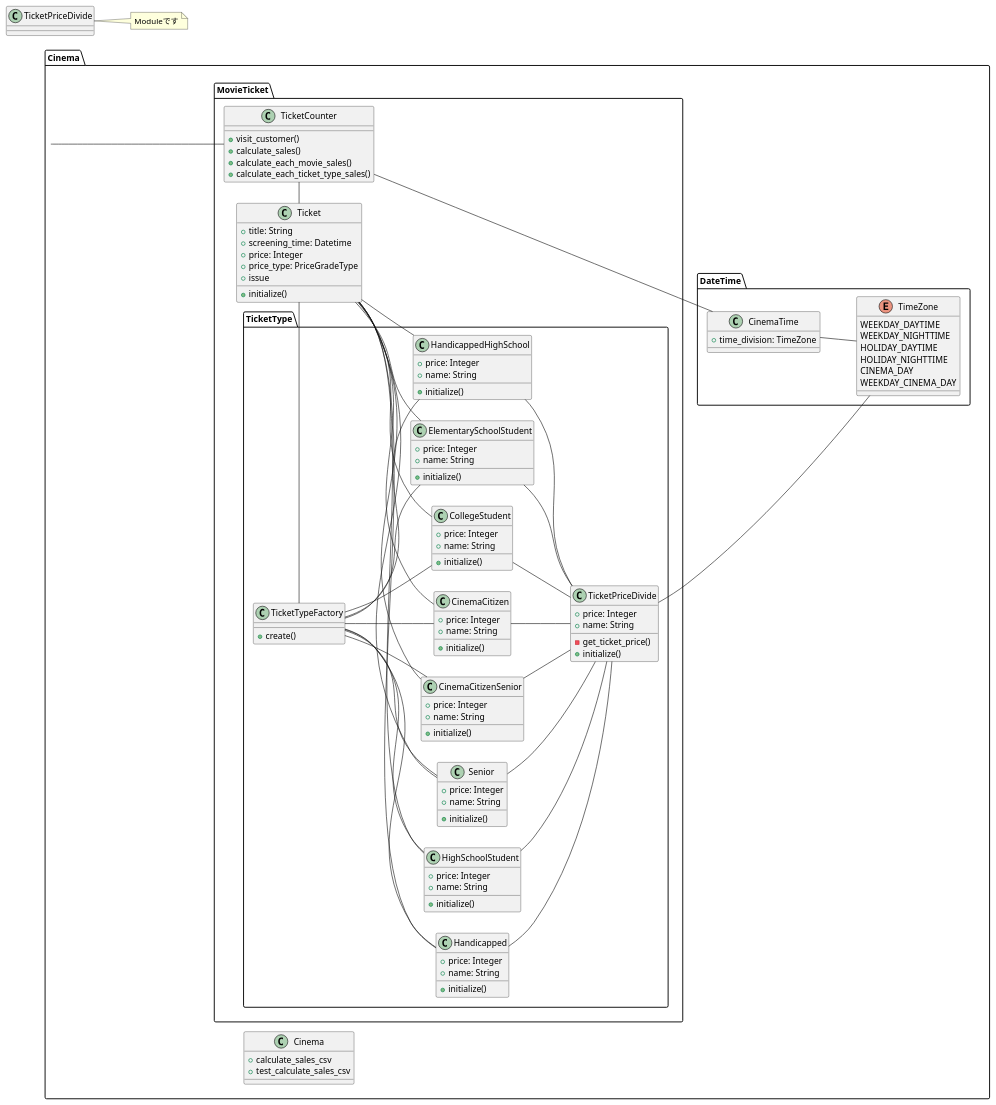
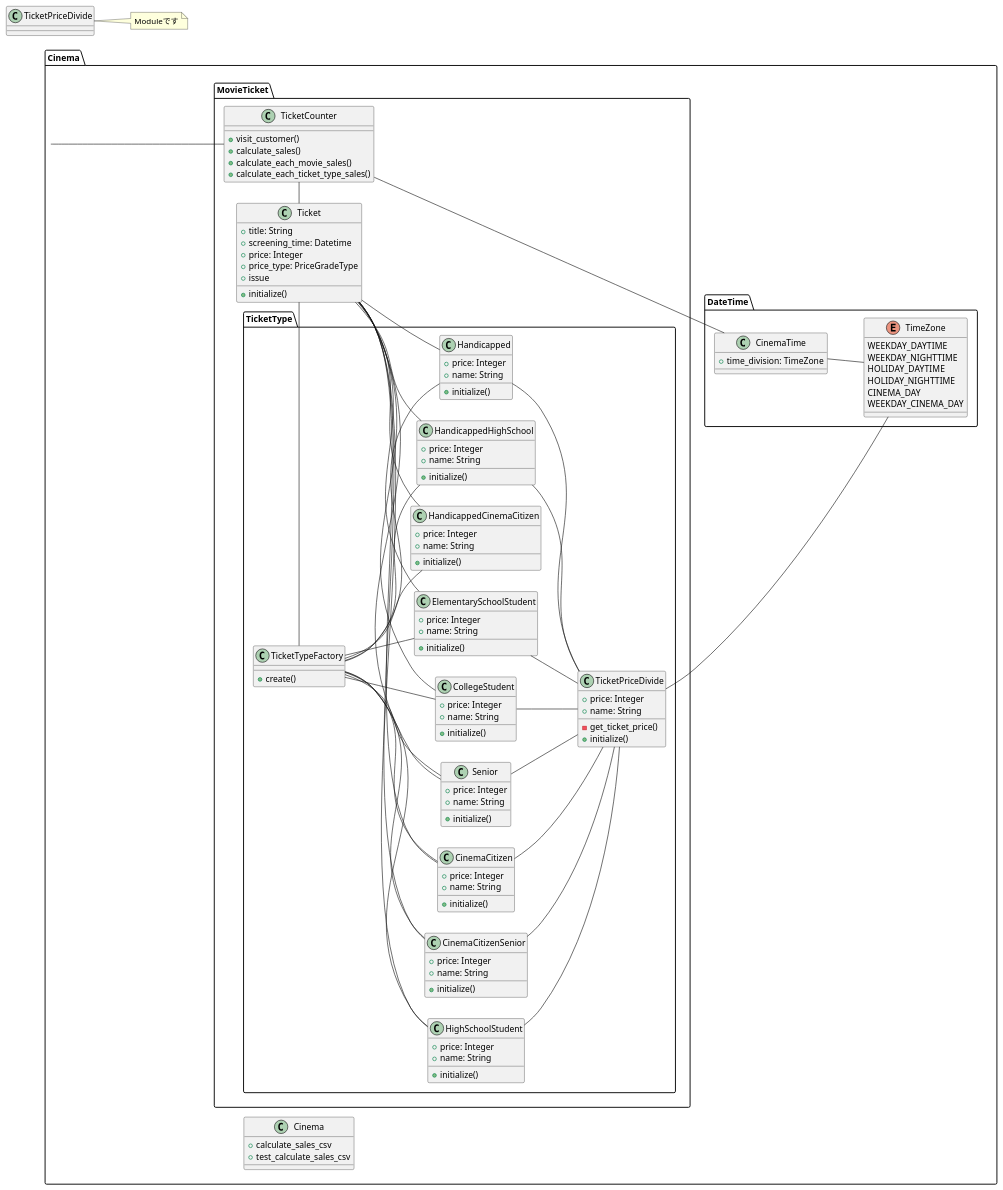
One commit to missyu3/ticket-price-modeling changed the diagram in doc/class.puml. Above: the diagram before and after it, drawn with PlantUML. The commit also changed 1 other file, not shown here.

```diff
--- a/doc/class.puml
+++ b/doc/class.puml
@@ -1,136 +1,144 @@
 @startuml
 left to right direction
 
 package Cinema{
   
   class Cinema{
     + calculate_sales_csv
     + test_calculate_sales_csv
   }
 
   package MovieTicket{
     class TicketCounter {
       + visit_customer()
       + calculate_sales()
       + calculate_each_movie_sales()
       + calculate_each_ticket_type_sales()
     }
 
     class Ticket {
       + title: String
       + screening_time: Datetime
       + price: Integer
       + price_type: PriceGradeType
       + initialize()
       + issue
     }
 
     package TicketType {
       class TicketTypeFactory{
         + create()
       }
       
       class TicketPriceDivide {
         - get_ticket_price()
       }
 
       class CinemaCitizenSenior {
         + price: Integer
         + name: String
         + initialize()
       }
       class CinemaCitizen {
         + price: Integer
         + name: String
         + initialize()
       }
       class CollegeStudent {
         + price: Integer
         + name: String
         + initialize()
       }
       class ElementarySchoolStudent {
         + price: Integer
         + name: String
         + initialize()
       }
       class HandicappedHighSchool {
         + price: Integer
         + name: String
         + initialize()
       }
       class Handicapped {
         + price: Integer
         + name: String
         + initialize()
       }
       class HighSchoolStudent {
         + price: Integer
         + name: String
         + initialize()
       }
       class TicketPriceDivide {
         + price: Integer
         + name: String
         + initialize()
       }
       class Senior {
         + price: Integer
         + name: String
         + initialize()
       }
+      class HandicappedCinemaCitizen {
+        + price: Integer
+        + name: String
+        + initialize()
+      }
     }
   }
 
   package DateTime{
     class CinemaTime {
       + time_division: TimeZone
     }
 
     enum TimeZone {
       WEEKDAY_DAYTIME
       WEEKDAY_NIGHTTIME
       HOLIDAY_DAYTIME
       HOLIDAY_NIGHTTIME
       CINEMA_DAY
       WEEKDAY_CINEMA_DAY
     }
   }
 }
 
 Cinema --- TicketCounter
 TicketCounter -- CinemaTime
 TicketCounter - Ticket
 Ticket -left- TicketTypeFactory
 
 Ticket -- CinemaCitizenSenior 
 Ticket -- CinemaCitizen
 Ticket -- CollegeStudent
 Ticket -- ElementarySchoolStudent
 Ticket -- HandicappedHighSchool
 Ticket -- Handicapped
 Ticket -- HighSchoolStudent
 Ticket -- Senior
+Ticket -- HandicappedCinemaCitizen
 
 TicketTypeFactory -- CinemaCitizenSenior 
 TicketTypeFactory -- CinemaCitizen
 TicketTypeFactory -- CollegeStudent
 TicketTypeFactory -- ElementarySchoolStudent
 TicketTypeFactory -- HandicappedHighSchool
 TicketTypeFactory -- Handicapped
 TicketTypeFactory -- HighSchoolStudent
 TicketTypeFactory -- Senior
+TicketTypeFactory -- HandicappedCinemaCitizen
+
 CinemaCitizenSenior -down- TicketPriceDivide
 CinemaCitizen -down- TicketPriceDivide
 CollegeStudent -down- TicketPriceDivide
 ElementarySchoolStudent -down- TicketPriceDivide
 HandicappedHighSchool -down- TicketPriceDivide
 Handicapped -down- TicketPriceDivide
 HighSchoolStudent -down- TicketPriceDivide
 Senior -down- TicketPriceDivide
 CinemaTime -down- TimeZone
 TicketPriceDivide --- TimeZone
 
 class TicketPriceDivide
 note right: Moduleです
 @enduml 
```
